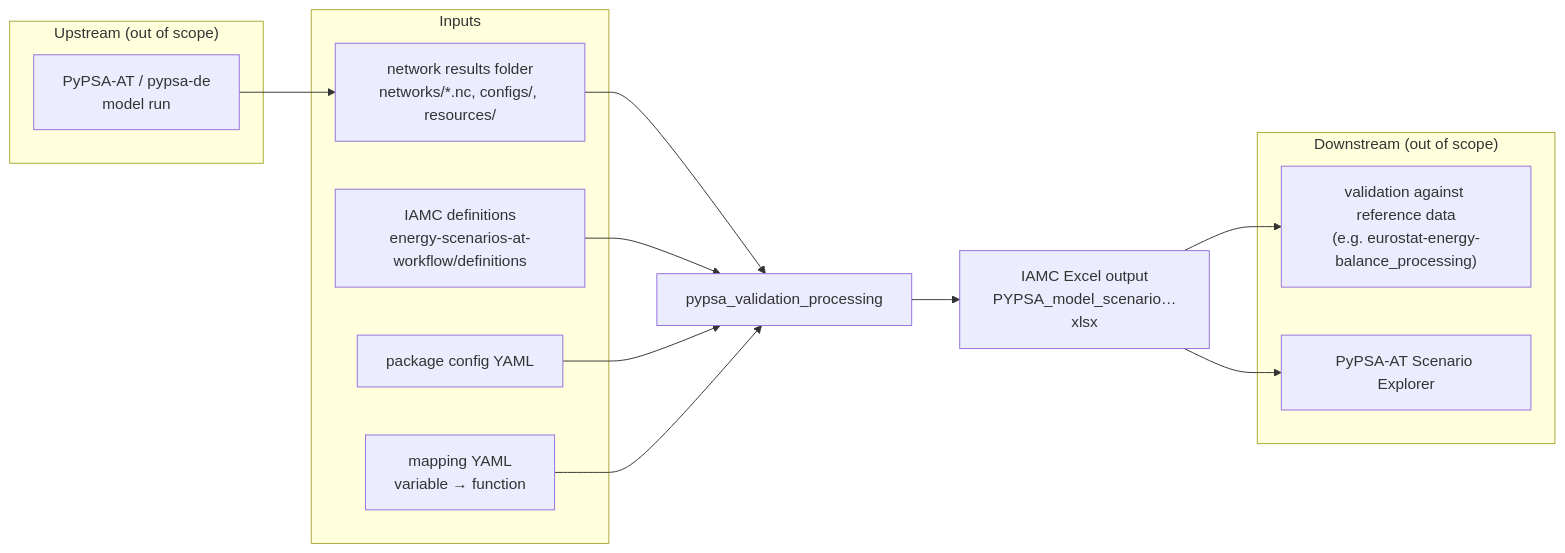
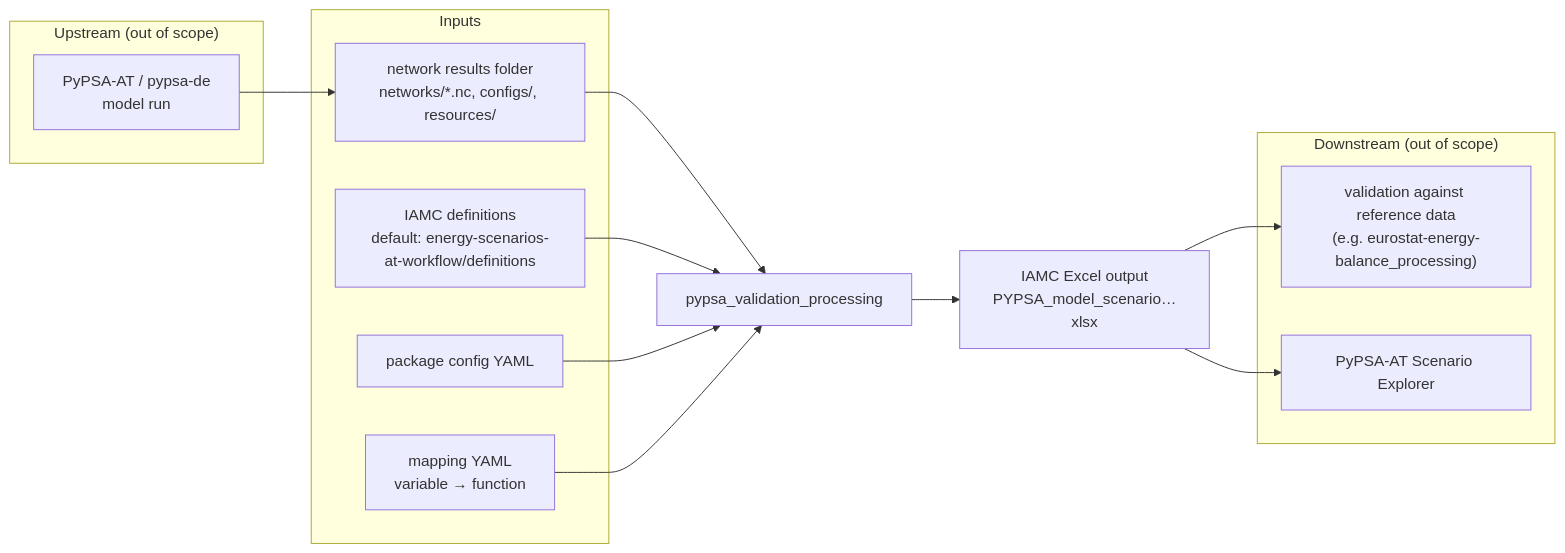
Before and after one commit to maxnutz/pypsa_validation_processing: the diagram in specs/overview.md, drawn with Mermaid. The commit also changed other lines of this file and 3 other files, not shown here.

````diff
--- a/specs/overview.md
+++ b/specs/overview.md
@@ -6,26 +6,26 @@
 ```mermaid
 flowchart LR
     subgraph upstream["Upstream (out of scope)"]
         M["PyPSA-AT / pypsa-de<br/>model run"]
     end
     subgraph inputs["Inputs"]
         R["network results folder<br/>networks/*.nc, configs/, resources/"]
-        D["IAMC definitions<br/>energy-scenarios-at-workflow/definitions"]
+        D["IAMC definitions<br/>default: energy-scenarios-at-workflow/definitions"]
         C["package config YAML"]
         MAP["mapping YAML<br/>variable → function"]
     end
     P["pypsa_validation_processing"]
     X["IAMC Excel output<br/>PYPSA_model_scenario…xlsx"]
     subgraph downstream["Downstream (out of scope)"]
         V["validation against reference data<br/>(e.g. eurostat-energy-balance_processing)"]
         E["PyPSA-AT Scenario Explorer"]
     end
     M --> R
     R --> P
     D --> P
     C --> P
     MAP --> P
     P --> X
     X --> V
     X --> E
 ```
````
